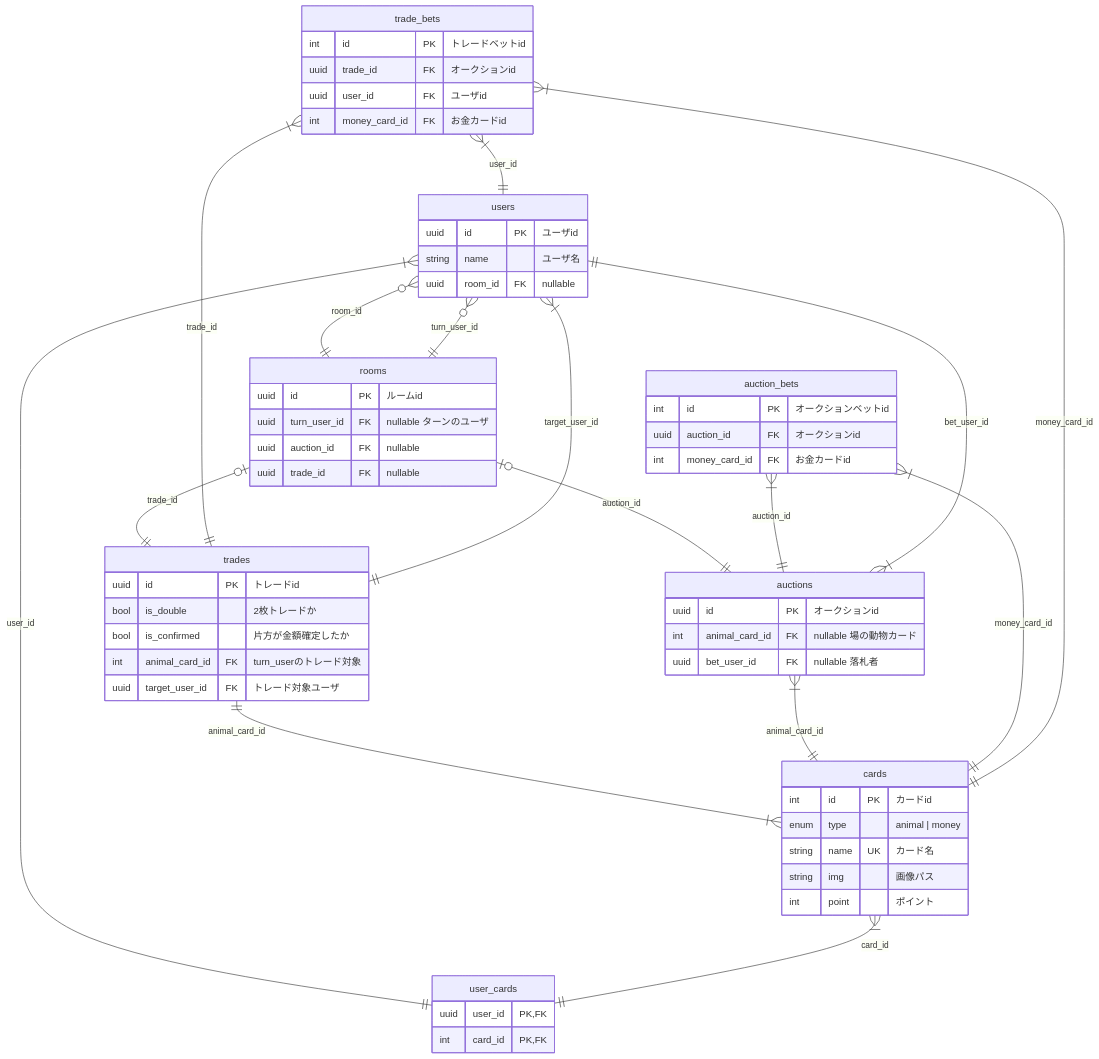
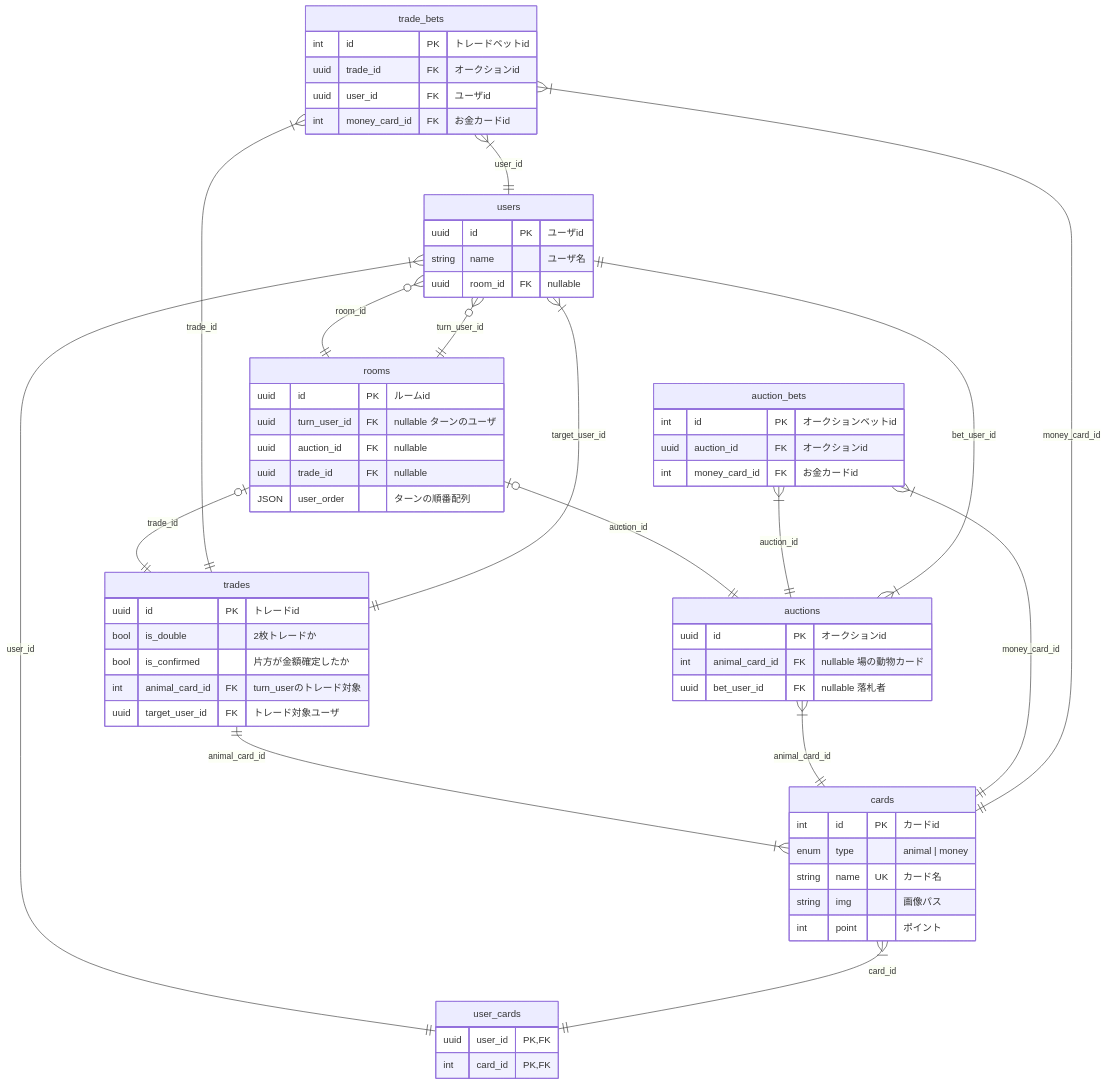
The diagram in document/ER-diagram.md (alltheturkey/auction), drawn with Mermaid before and after one commit. The commit also changed 2 other files, not shown here.

Commit message:
docs(document): update api-spec

````diff
--- a/document/ER-diagram.md
+++ b/document/ER-diagram.md
@@ -1,71 +1,72 @@
 ```mermaid
 erDiagram
     users o{--|| rooms : "room_id"
     rooms ||--o{ users : "turn_user_id"
     users |{--|| user_cards : "user_id"
     cards |{--|| user_cards : "card_id"
     rooms o|--|| auctions : "auction_id"
     rooms o|--|| trades : "trade_id"
     trades ||--|{ cards : "animal_card_id"
     trades ||--|{ users : "target_user_id"
     auctions |{--|| cards : "animal_card_id"
     auctions |{--|| users : "bet_user_id"
     auction_bets |{--|| auctions : "auction_id"
     auction_bets |{--|| cards : "money_card_id"
     trade_bets |{--|| trades : "trade_id"
     trade_bets |{--|| users : "user_id"
     trade_bets |{--|| cards : "money_card_id"
 
     users {
         uuid id PK "ユーザid"
         string name "ユーザ名"
         uuid room_id FK "nullable"
     }
 
     user_cards {
         uuid user_id PK,FK
         int card_id PK,FK
     }
 
     cards {
         int id PK "カードid"
         enum type "animal | money"
         string name UK "カード名"
         string img "画像パス"
         int point "ポイント"
     }
 
     rooms {
         uuid id PK "ルームid"
         uuid turn_user_id FK "nullable ターンのユーザ"
         uuid auction_id FK "nullable"
         uuid trade_id FK "nullable"
+        JSON user_order "ターンの順番配列"
     }
 
     auctions {
         uuid id PK "オークションid"
         int animal_card_id FK "nullable 場の動物カード"
         uuid bet_user_id FK "nullable 落札者"
     }
 
     auction_bets {
         int id PK "オークションベットid"
         uuid auction_id FK "オークションid"
         int money_card_id FK "お金カードid"
     }
 
     trades {
         uuid id PK "トレードid"
         bool is_double "2枚トレードか"
         bool is_confirmed "片方が金額確定したか"
         int animal_card_id FK "turn_userのトレード対象"
         uuid target_user_id FK "トレード対象ユーザ"
     }
 
     trade_bets{
         int id PK "トレードベットid"
         uuid trade_id FK "オークションid"
         uuid user_id FK "ユーザid"
         int money_card_id FK "お金カードid"
     }
 ```
````
